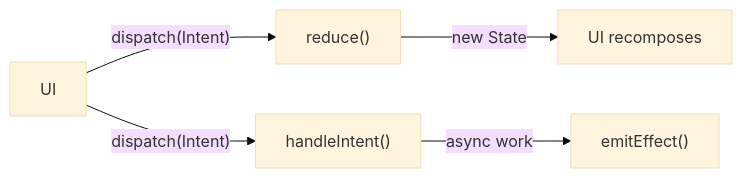
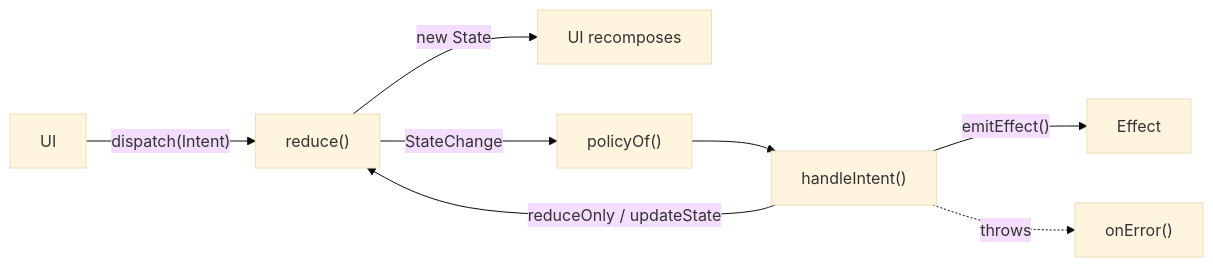
One commit to bitsycore/pulse-mvi changed the diagram in README.md. Above: the diagram before and after it, drawn with Mermaid (base theme). The commit also changed other lines of this file and 67 other files, not shown here.

````diff
--- a/README.md
+++ b/README.md
@@ -144,7 +156,10 @@
 ```mermaid
 flowchart LR
     UI["UI"] -->|"dispatch(Intent)"| R["reduce()"]
     R -->|"new State"| UI2["UI recomposes"]
-    UI -->|"dispatch(Intent)"| H["handleIntent()"]
-    H -->|"async work"| E["emitEffect()"]
+    R -->|"StateChange"| P["policyOf()"]
+    P --> H["handleIntent()"]
+    H -->|"reduceOnly / updateState"| R
+    H -->|"emitEffect()"| E["Effect"]
+    H -.->|"throws"| X["onError()"]
 ```
````
